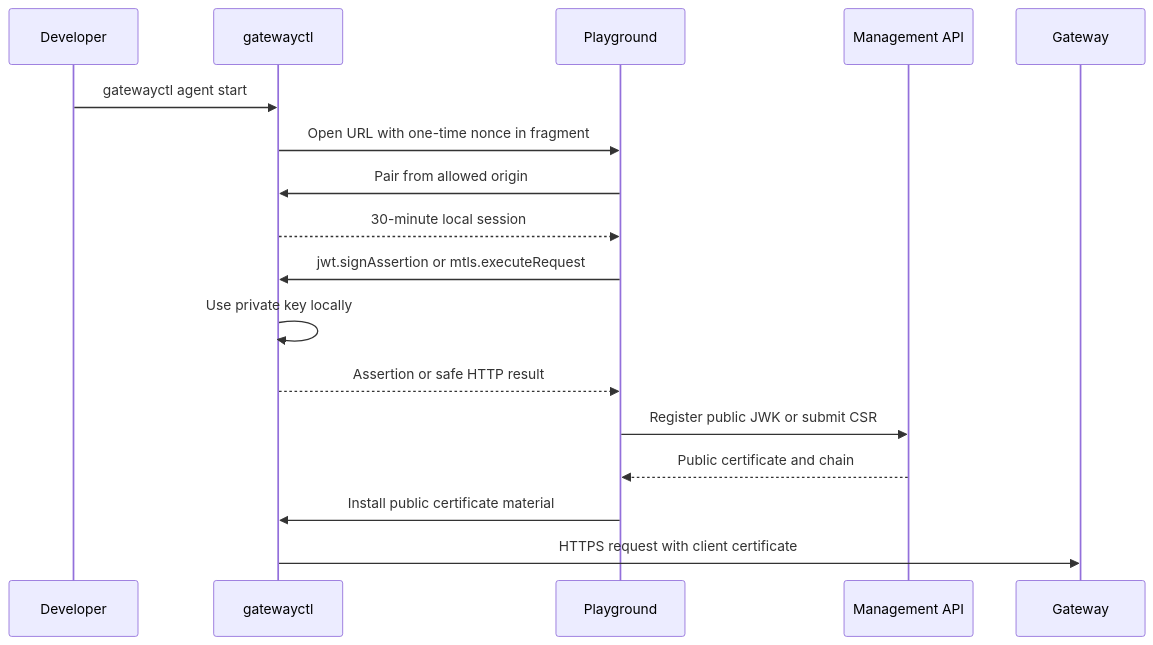
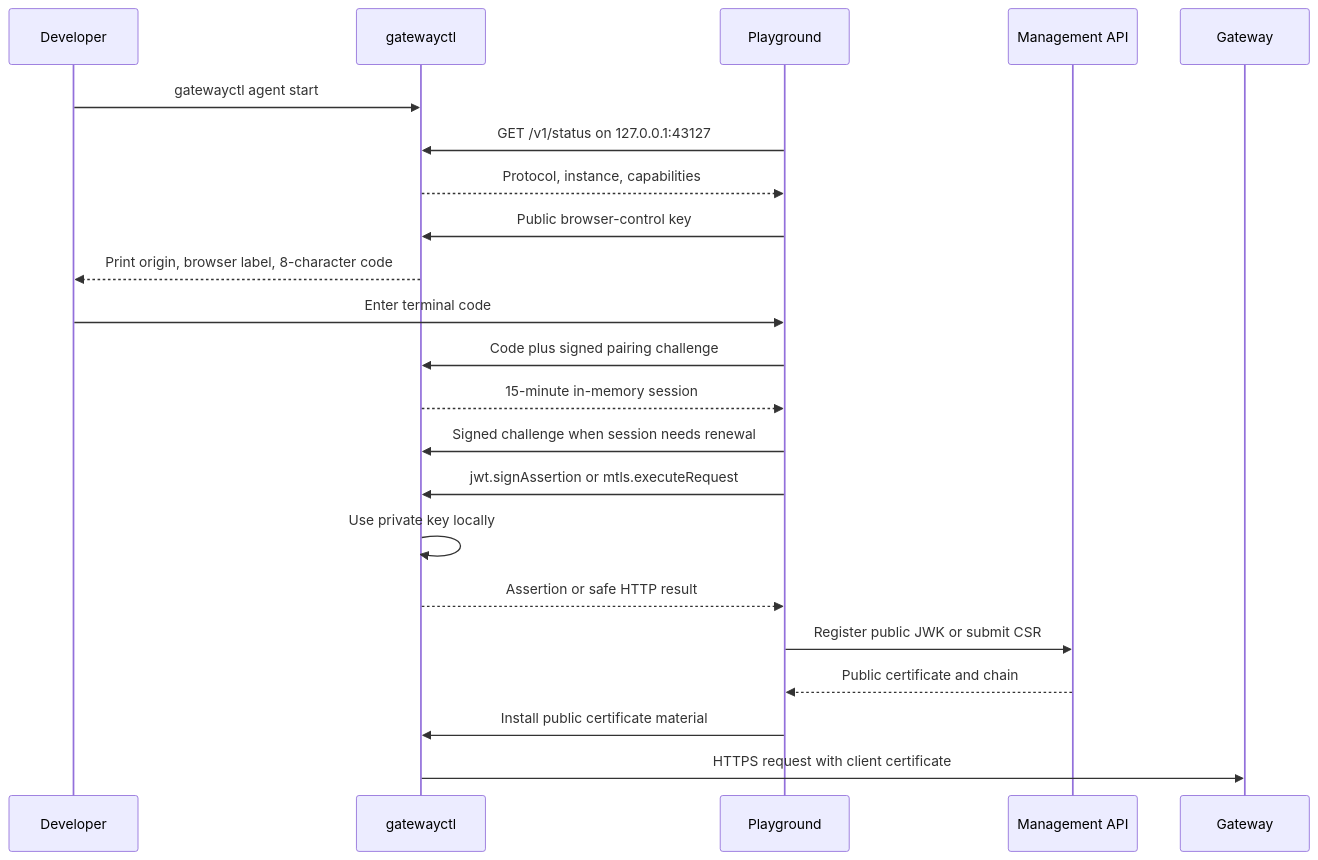
Before and after one commit to c4rl0s04/api-gateway-platform: the diagram in docs/02-architecture/Local Client Agent Architecture.md, drawn with Mermaid. The commit also changed other lines of this file and 13 other files, not shown here.

````diff
--- a/docs/02-architecture/Local Client Agent Architecture.md
+++ b/docs/02-architecture/Local Client Agent Architecture.md
@@ -50,20 +56,25 @@
 ```mermaid
 sequenceDiagram
     participant D as Developer
     participant A as gatewayctl
     participant W as Playground
     participant M as Management API
     participant G as Gateway
 
     D->>A: gatewayctl agent start
-    A->>W: Open URL with one-time nonce in fragment
-    W->>A: Pair from allowed origin
-    A-->>W: 30-minute local session
+    W->>A: GET /v1/status on 127.0.0.1:43127
+    A-->>W: Protocol, instance, capabilities
+    W->>A: Public browser-control key
+    A-->>D: Print origin, browser label, 8-character code
+    D->>W: Enter terminal code
+    W->>A: Code plus signed pairing challenge
+    A-->>W: 15-minute in-memory session
+    W->>A: Signed challenge when session needs renewal
     W->>A: jwt.signAssertion or mtls.executeRequest
     A->>A: Use private key locally
     A-->>W: Assertion or safe HTTP result
     W->>M: Register public JWK or submit CSR
     M-->>W: Public certificate and chain
     W->>A: Install public certificate material
     A->>G: HTTPS request with client certificate
 ```
````
